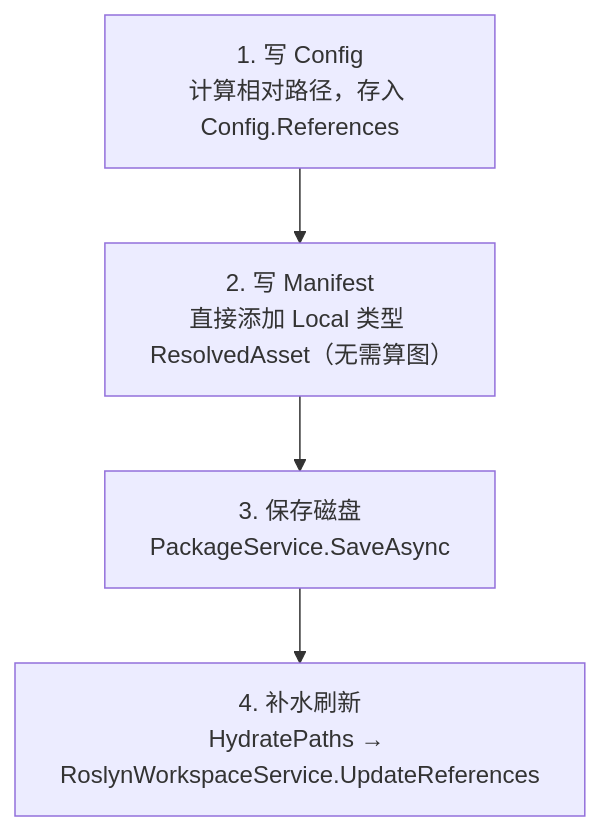
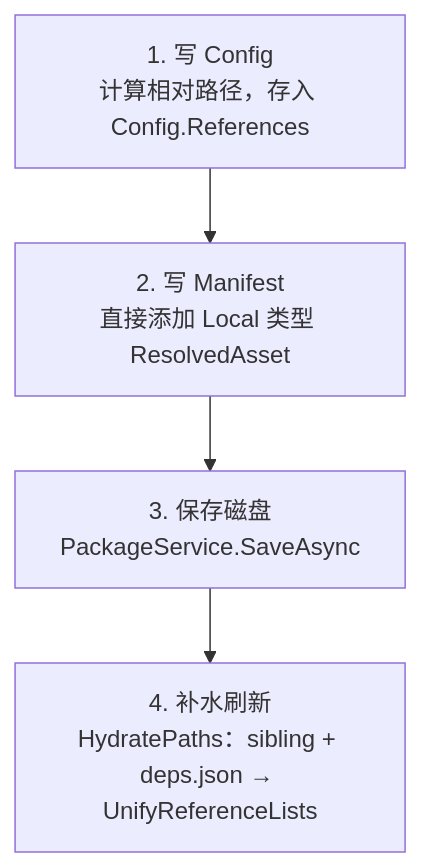
The fourth of 6 diagrams in docs/reference-management.md (dasudiy/scratchpadsharp), drawn with Mermaid before and after one commit. The commit also changed other lines of this file and 12 other files, not shown here.

````diff
--- a/docs/reference-management.md
+++ b/docs/reference-management.md
@@ -104,9 +105,9 @@
 ```mermaid
 flowchart TD
     S1["1. 写 Config<br/>计算相对路径，存入 Config.References"]
-    S2["2. 写 Manifest<br/>直接添加 Local 类型 ResolvedAsset（无需算图）"]
+    S2["2. 写 Manifest<br/>直接添加 Local 类型 ResolvedAsset"]
     S3["3. 保存磁盘<br/>PackageService.SaveAsync"]
-    S4["4. 补水刷新<br/>HydratePaths → RoslynWorkspaceService.UpdateReferences"]
+    S4["4. 补水刷新<br/>HydratePaths：sibling + deps.json → UnifyReferenceLists"]
 
     S1 --> S2 --> S3 --> S4
 ```
````
